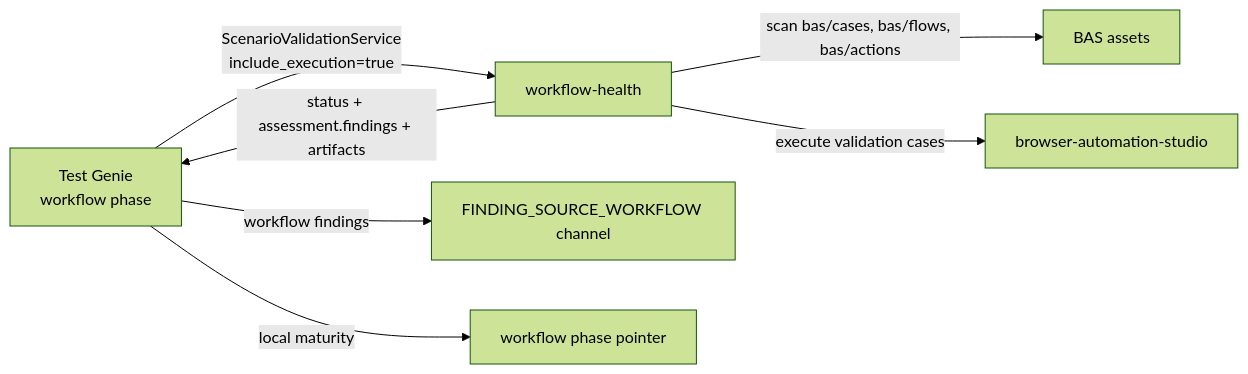
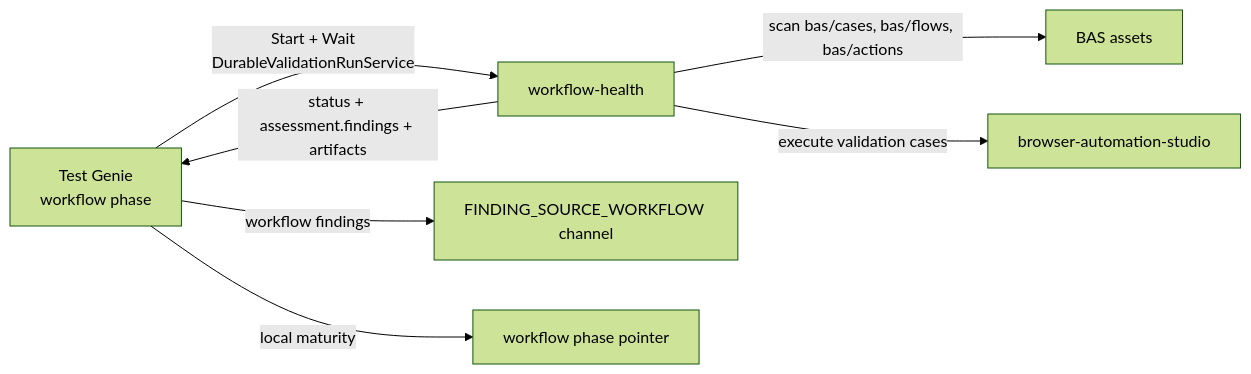
One commit to Vrooli/Vrooli changed the diagram in scenarios/test-genie/docs/phases/workflow/README.md. Above: the diagram before and after it, drawn with Mermaid (forest theme). The commit also changed other lines of this file and 255 other files, not shown here.

````diff
--- a/scenarios/test-genie/docs/phases/workflow/README.md
+++ b/scenarios/test-genie/docs/phases/workflow/README.md
@@ -71,9 +71,9 @@
 ```mermaid
 graph LR
-    TG[Test Genie<br/>workflow phase] -->|ScenarioValidationService<br/>include_execution=true| WH[workflow-health]
+    TG[Test Genie<br/>workflow phase] -->|Start + Wait<br/>DurableValidationRunService| WH[workflow-health]
     WH -->|scan bas/cases, bas/flows, bas/actions| BASFILES[BAS assets]
     WH -->|execute validation cases| BAS[browser-automation-studio]
     WH -->|status + assessment.findings + artifacts| TG
     TG -->|workflow findings| WF[FINDING_SOURCE_WORKFLOW channel]
     TG -->|local maturity| PTR[workflow phase pointer]
 ```
````
